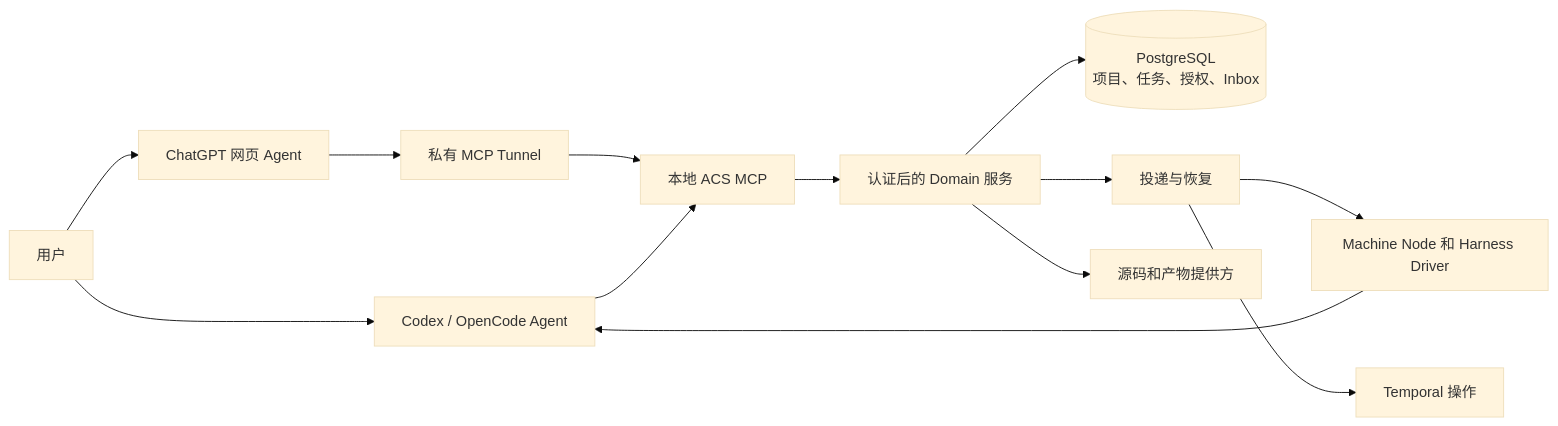
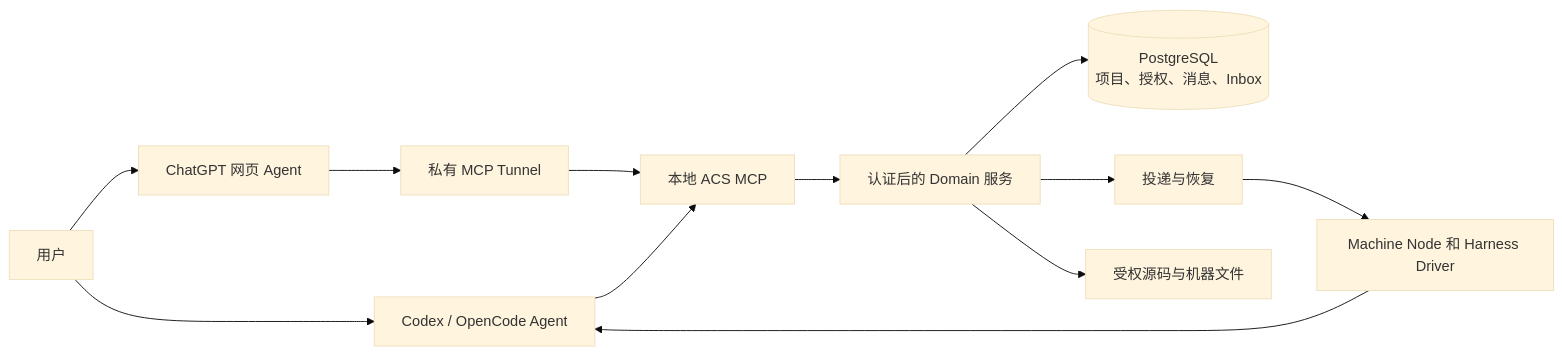
One commit to D1ChangGeng/Agent-collaboration changed the second of 3 diagrams in README.zh-CN.md. Above: the diagram before and after it, drawn with Mermaid (base theme). The commit also changed other lines of this file and 40 other files, not shown here.

````diff
--- a/README.zh-CN.md
+++ b/README.zh-CN.md
@@ -73,15 +77,14 @@
 ```mermaid
 flowchart LR
     U[用户] --> H[Codex / OpenCode Agent]
     U --> W[ChatGPT 网页 Agent]
     W --> T[私有 MCP Tunnel]
     T --> M[本地 ACS MCP]
     H --> M
     M --> D[认证后的 Domain 服务]
-    D --> P[(PostgreSQL<br/>项目、任务、授权、Inbox)]
+    D --> P[(PostgreSQL<br/>项目、授权、消息、Inbox)]
     D --> O[投递与恢复]
     O --> N[Machine Node 和 Harness Driver]
-    O --> Q[Temporal 操作]
     N --> H
-    D --> S[源码和产物提供方]
+    D --> S[受权源码与机器文件]
 ```
````
